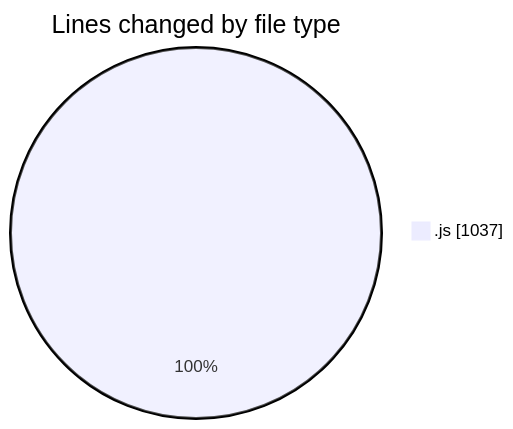
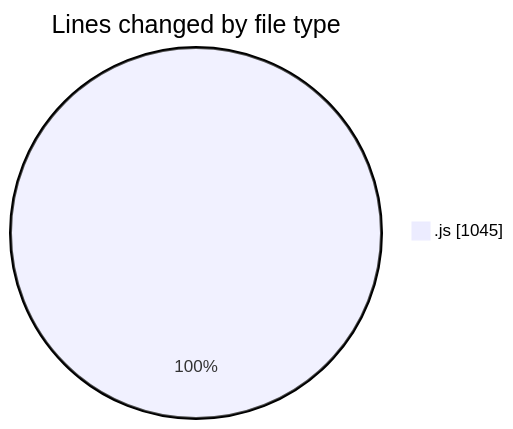
One commit to nxtqubesakshisongat/code-tracking changed the first of 2 diagrams in 2025-11-04/nxtqube_webapp/README.md. Above: the diagram before and after it, drawn with Mermaid. The commit also changed other lines of this file and 1 other file, not shown here.

````diff
--- a/2025-11-04/nxtqube_webapp/README.md
+++ b/2025-11-04/nxtqube_webapp/README.md
@@ -24,5 +24,5 @@
 ```mermaid
 pie showData
 title Lines changed by file type
-".js" : 1037
+".js" : 1045
 ```
````
